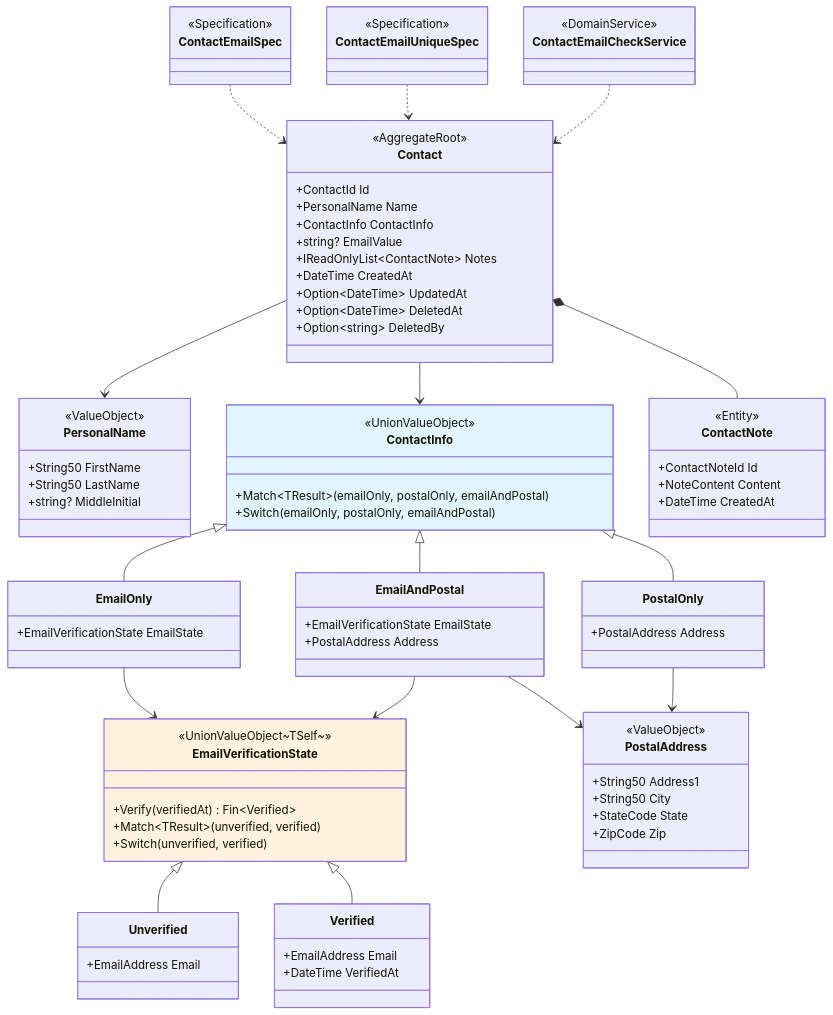
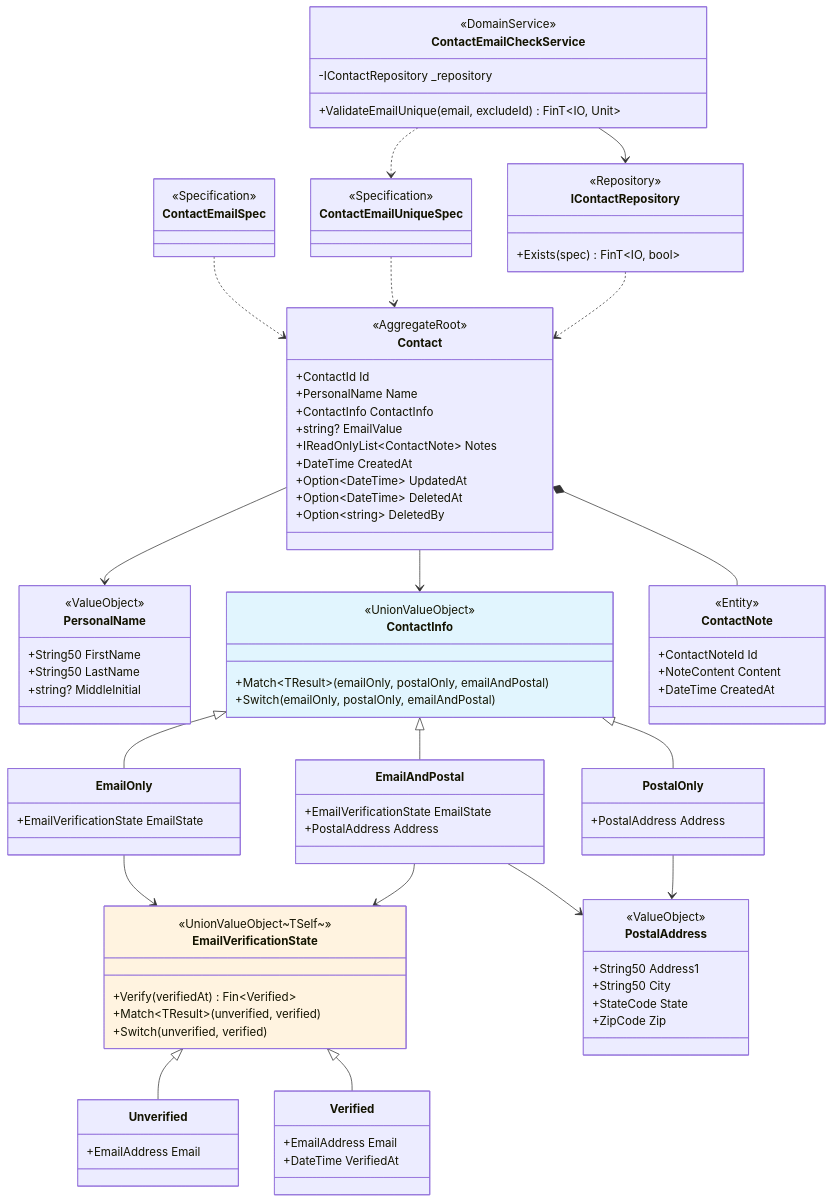
One commit to hhko/Functorium changed the diagram in Docs.Site/src/content/docs/samples/designing-with-types/domain/03-implementation-results.md. Above: the diagram before and after it, drawn with Mermaid. The commit also changed other lines of this file and 2 other files, not shown here.

```diff
--- a/Docs.Site/src/content/docs/samples/designing-with-types/domain/03-implementation-results.md
+++ b/Docs.Site/src/content/docs/samples/designing-with-types/domain/03-implementation-results.md
@@ -444,6 +453,12 @@
     }
     class ContactEmailCheckService {
         <<DomainService>>
+        -IContactRepository _repository
+        +ValidateEmailUnique(email, excludeId) FinT~IO, Unit~
+    }
+    class IContactRepository {
+        <<Repository>>
+        +Exists(spec) FinT~IO, bool~
     }
 
     Contact --> PersonalName
@@ -464,7 +479,9 @@
 
     ContactEmailSpec ..> Contact
     ContactEmailUniqueSpec ..> Contact
-    ContactEmailCheckService ..> Contact
+    ContactEmailCheckService --> IContactRepository
+    ContactEmailCheckService ..> ContactEmailUniqueSpec
+    IContactRepository ..> Contact
 
     style ContactInfo fill:#e1f5fe
     style EmailVerificationState fill:#fff3e0
```
